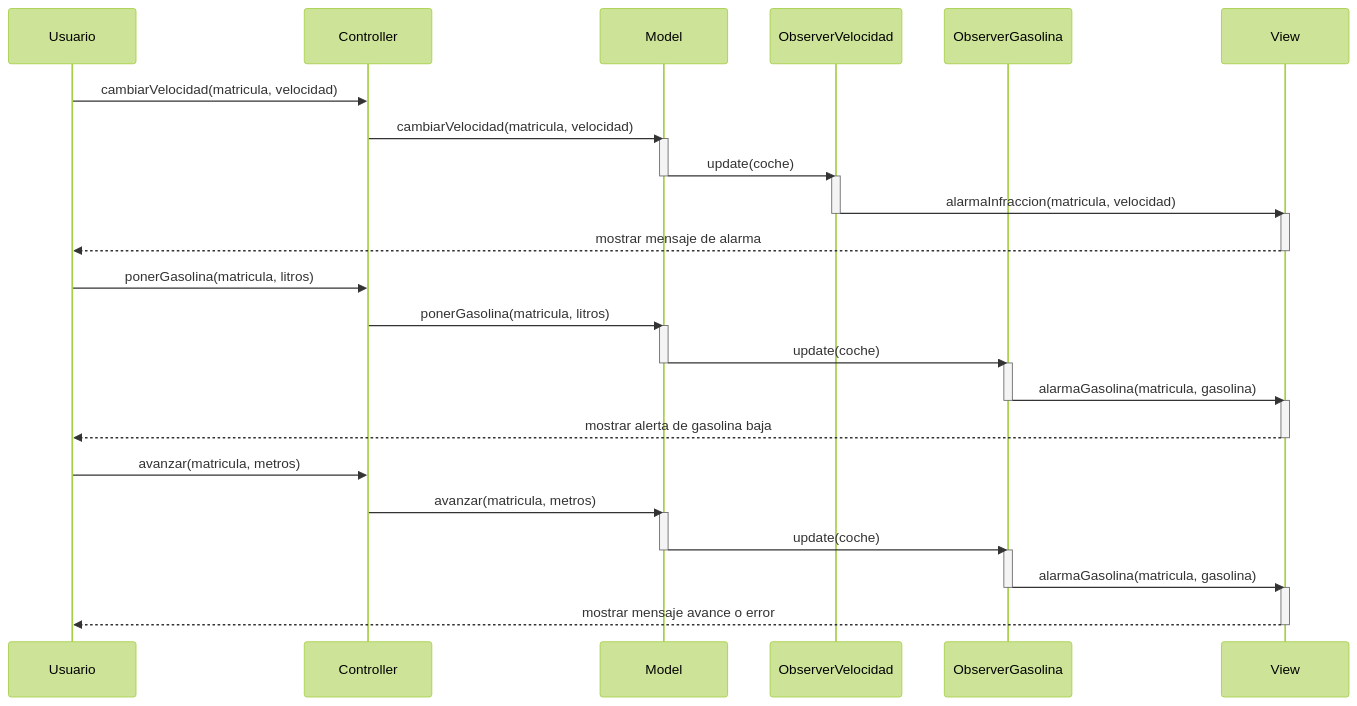
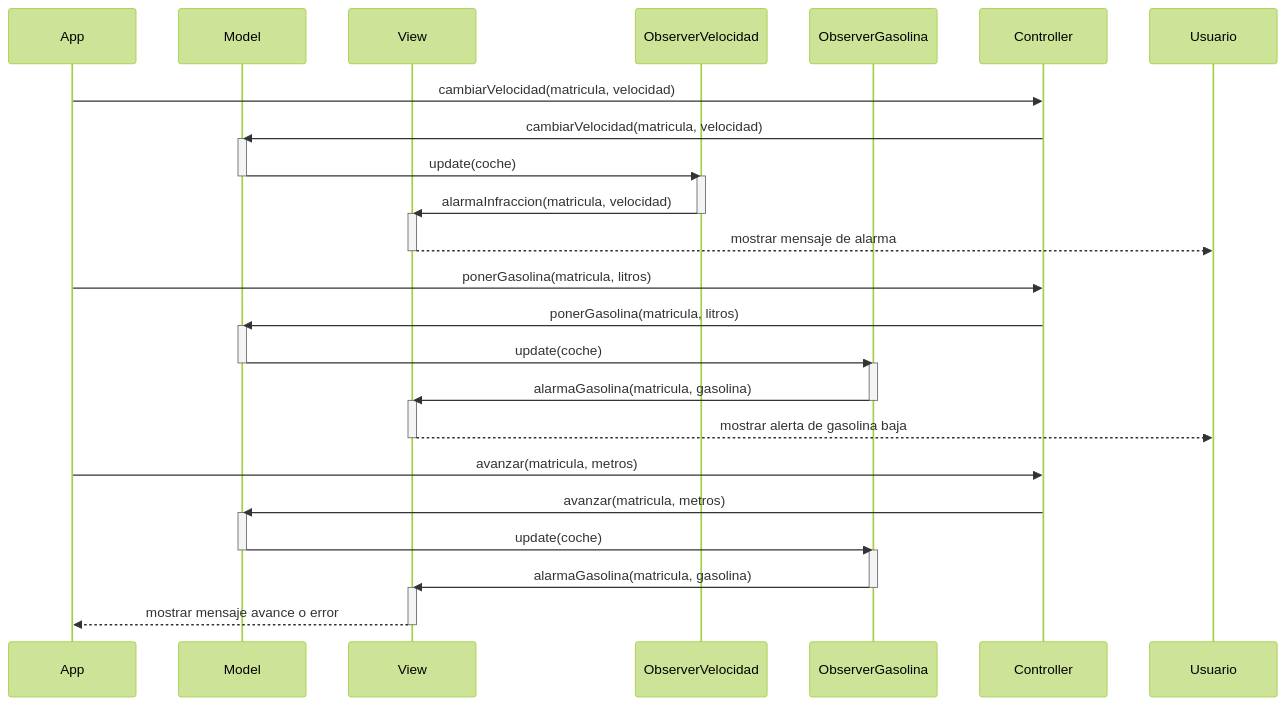
The diagram in Readme.md (KarlyF-AS/MVC), drawn with Mermaid (forest theme) before and after one commit. The commit also changed other lines of this file and 4 other files, not shown here.

````diff
--- a/Readme.md
+++ b/Readme.md
@@ -38,50 +36,51 @@
 ```mermaid
 sequenceDiagram
-    participant Usuario
-    participant Controller
+    participant App
     participant Model
+    participant View
     participant ObserverVelocidad
     participant ObserverGasolina
-    participant View
-
-    Usuario->>Controller: cambiarVelocidad(matricula, velocidad)
+    participant Controller
+    
+    
+    App->>Controller: cambiarVelocidad(matricula, velocidad)
     Controller->>Model: cambiarVelocidad(matricula, velocidad)
     activate Model
 
     Model->>ObserverVelocidad: update(coche)
     deactivate Model
     activate ObserverVelocidad
 
     ObserverVelocidad->>View: alarmaInfraccion(matricula, velocidad)
     deactivate ObserverVelocidad
     activate View
     View-->>Usuario: mostrar mensaje de alarma
     deactivate View
 
-    Usuario->>Controller: ponerGasolina(matricula, litros)
+    App->>Controller: ponerGasolina(matricula, litros)
     Controller->>Model: ponerGasolina(matricula, litros)
     activate Model
 
     Model->>ObserverGasolina: update(coche)
     deactivate Model
     activate ObserverGasolina
 
     ObserverGasolina->>View: alarmaGasolina(matricula, gasolina)
     deactivate ObserverGasolina
     activate View
     View-->>Usuario: mostrar alerta de gasolina baja
     deactivate View
 
-    Usuario->>Controller: avanzar(matricula, metros)
+    App->>Controller: avanzar(matricula, metros)
     Controller->>Model: avanzar(matricula, metros)
     activate Model
     Model->>ObserverGasolina: update(coche)
     deactivate Model
     activate ObserverGasolina
     ObserverGasolina->>View: alarmaGasolina(matricula, gasolina)
     deactivate ObserverGasolina
     activate View
-    View-->>Usuario: mostrar mensaje avance o error
+    View-->>App: mostrar mensaje avance o error
     deactivate View
 
 ```
````
